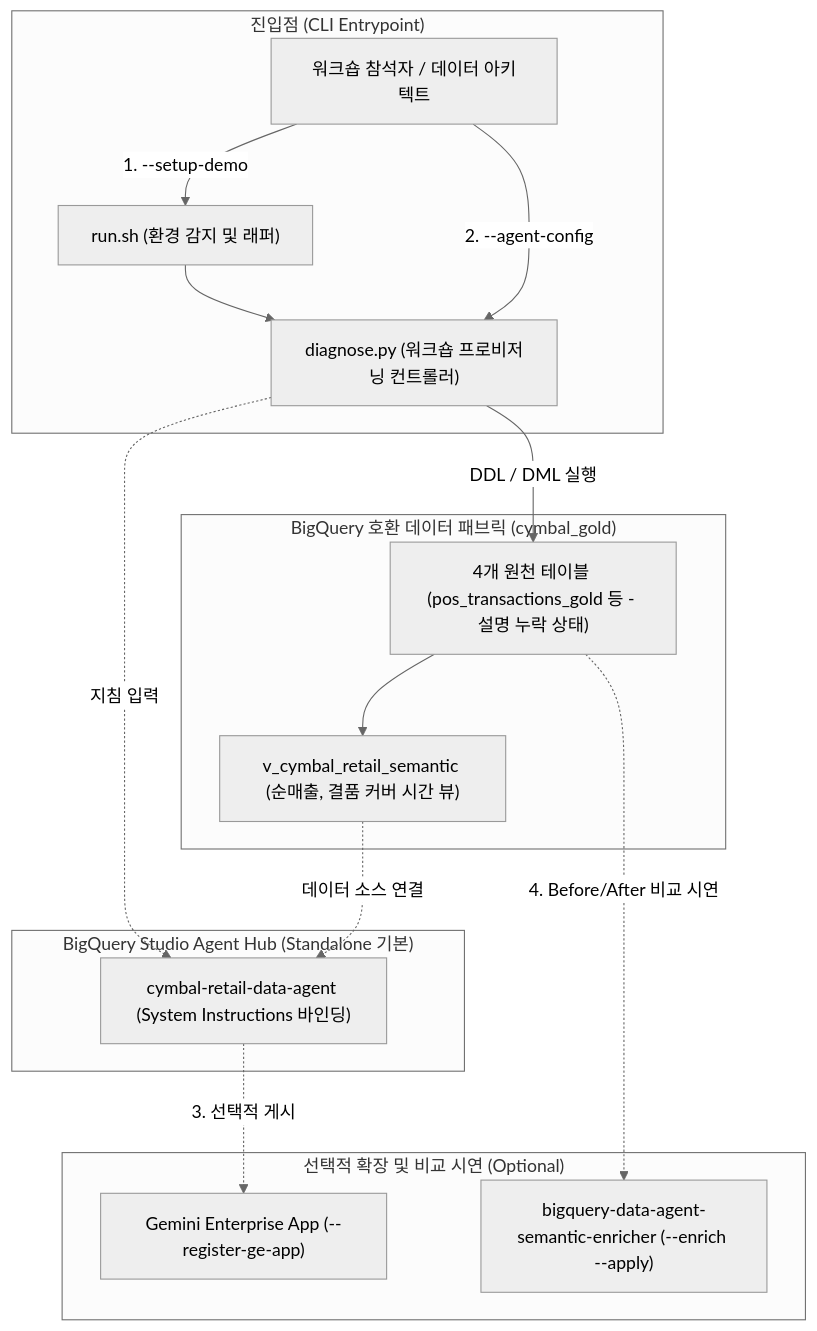
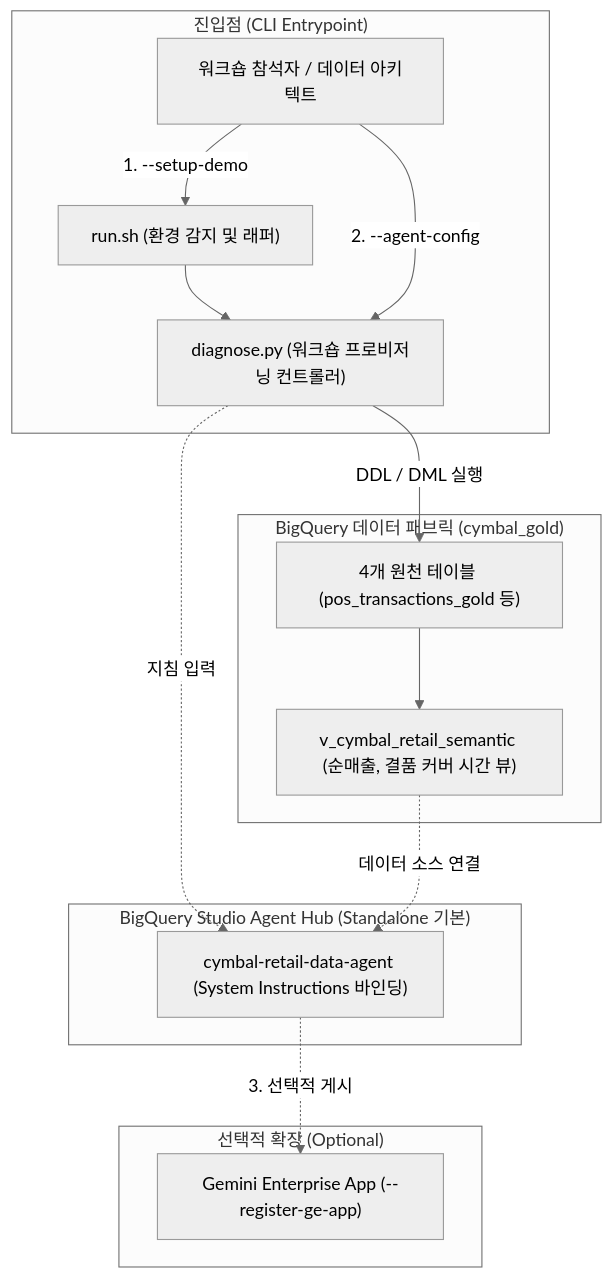
Before and after one commit to jiangjun-forge/google-cloud-0-to-1: the diagram in samples/bigquery-data-agent-starter/docs/TDD.md, drawn with Mermaid (neutral theme). The commit also changed other lines of this file and 4 other files, not shown here.

````diff
--- a/samples/bigquery-data-agent-starter/docs/TDD.md
+++ b/samples/bigquery-data-agent-starter/docs/TDD.md
@@ -33,32 +33,30 @@
 ```mermaid
 flowchart TD
     subgraph CLI_Entry["진입점 (CLI Entrypoint)"]
         User["워크숍 참석자 / 데이터 아키텍트"]
         RunSh["run.sh (환경 감지 및 래퍼)"]
         DiagnosePy["diagnose.py (워크숍 프로비저닝 컨트롤러)"]
     end
 
-    subgraph BigQuery_CymbalGold["BigQuery 호환 데이터 패브릭 (cymbal_gold)"]
-        RawTables["4개 원천 테이블 (pos_transactions_gold 등 - 설명 누락 상태)"]
+    subgraph BigQuery_CymbalGold["BigQuery 데이터 패브릭 (cymbal_gold)"]
+        RawTables["4개 원천 테이블 (pos_transactions_gold 등)"]
         SemanticView["v_cymbal_retail_semantic (순매출, 결품 커버 시간 뷰)"]
     end
 
     subgraph Agent_Hub["BigQuery Studio Agent Hub (Standalone 기본)"]
         BQAgent["cymbal-retail-data-agent (System Instructions 바인딩)"]
     end
 
-    subgraph Optional_Extensions["선택적 확장 및 비교 시연 (Optional)"]
+    subgraph Optional_Extensions["선택적 확장 (Optional)"]
         GEApp["Gemini Enterprise App (--register-ge-app)"]
-        Enricher["bigquery-data-agent-semantic-enricher (--enrich --apply)"]
     end
 
     User -->|1. --setup-demo| RunSh
     RunSh --> DiagnosePy
     DiagnosePy -->|DDL / DML 실행| RawTables
     RawTables --> SemanticView
     User -->|2. --agent-config| DiagnosePy
     DiagnosePy -.->|지침 입력| BQAgent
     SemanticView -.->|데이터 소스 연결| BQAgent
     BQAgent -.->|3. 선택적 게시| GEApp
-    RawTables -.->|4. Before/After 비교 시연| Enricher
 ```
````
